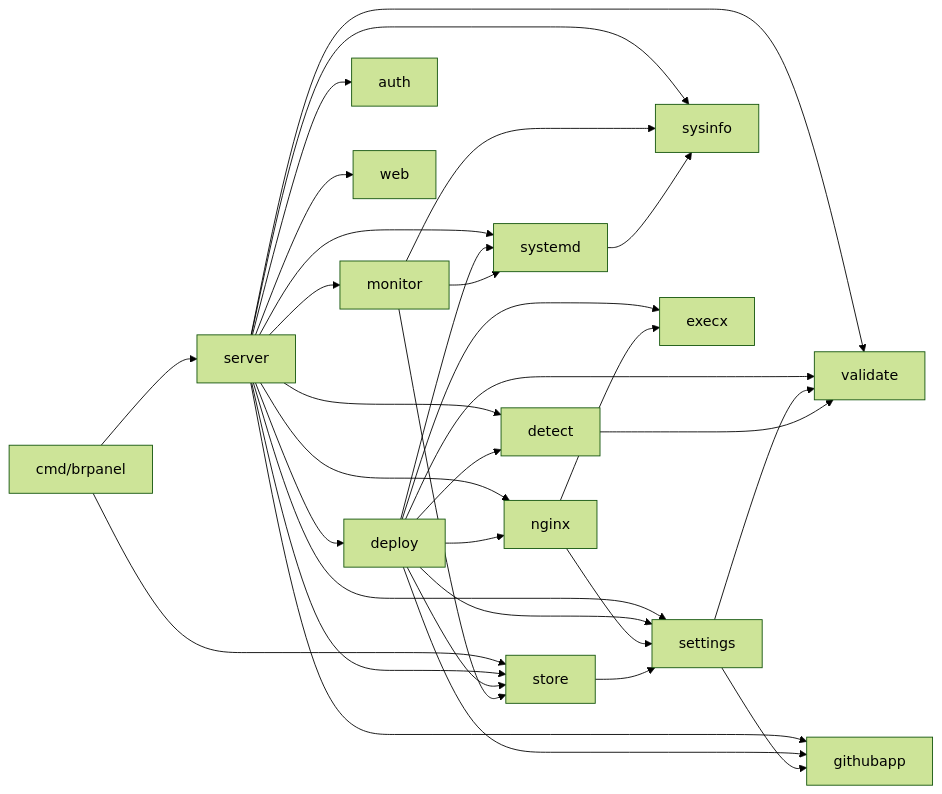
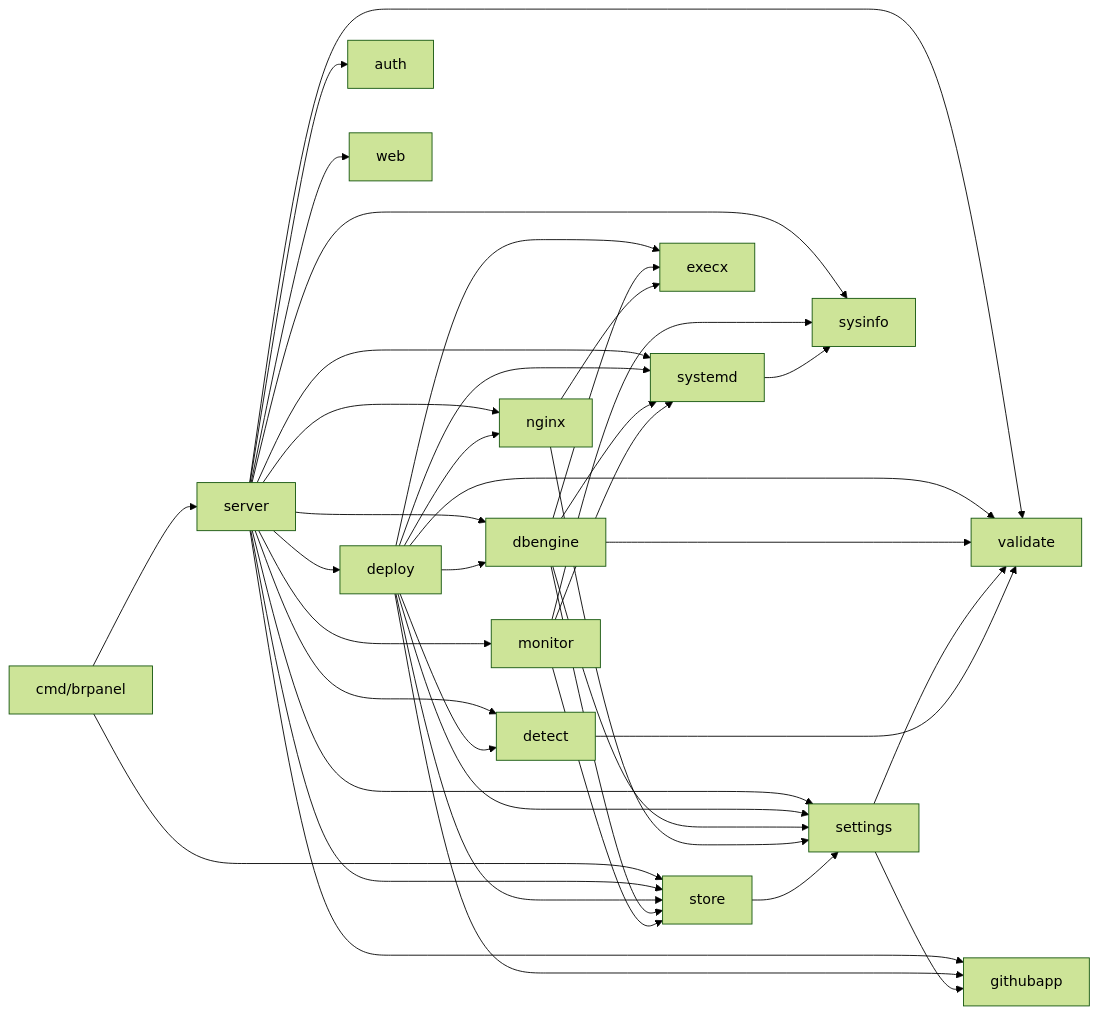
The diagram in docs/architecture.md (viniciusdev772/br_panel), drawn with Mermaid (forest theme) before and after one commit. The commit also changed other lines of this file and 51 other files, not shown here.

````diff
--- a/docs/architecture.md
+++ b/docs/architecture.md
@@ -27,13 +28,14 @@
 ```mermaid
 graph LR
   cmd[cmd/brpanel] --> server
   cmd --> store
-  server --> deploy & monitor & auth & settings & store & githubapp & nginx & detect & systemd & sysinfo & validate & web
-  deploy --> detect & nginx & githubapp & settings & store & systemd & validate & execx
+  server --> dbengine & deploy & monitor & auth & settings & store & githubapp & nginx & detect & systemd & sysinfo & validate & web
+  deploy --> detect & nginx & githubapp & settings & store & systemd & validate & execx & dbengine
+  dbengine --> settings & store & systemd & validate & execx
   monitor --> store & sysinfo & systemd
   nginx --> settings & execx
   store --> settings
   settings --> githubapp & validate
   systemd --> sysinfo
   detect --> validate
 ```
````
